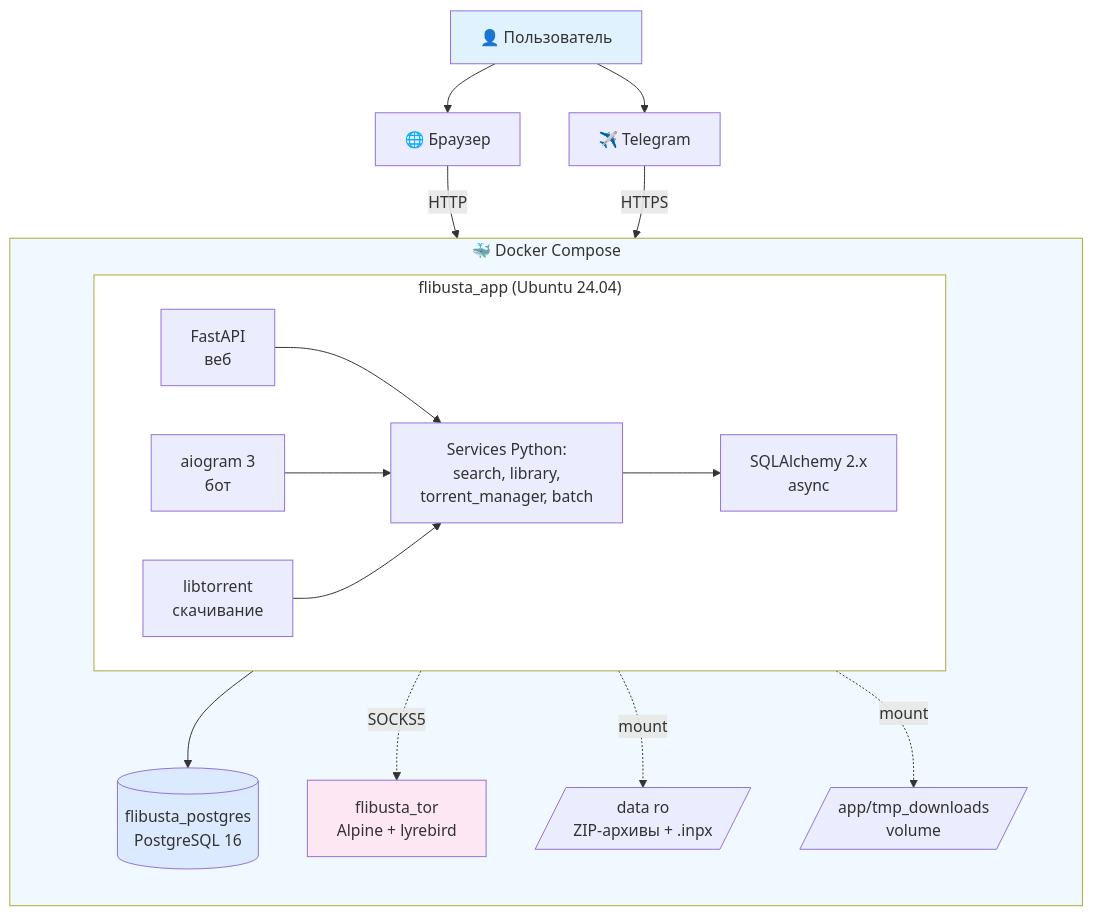
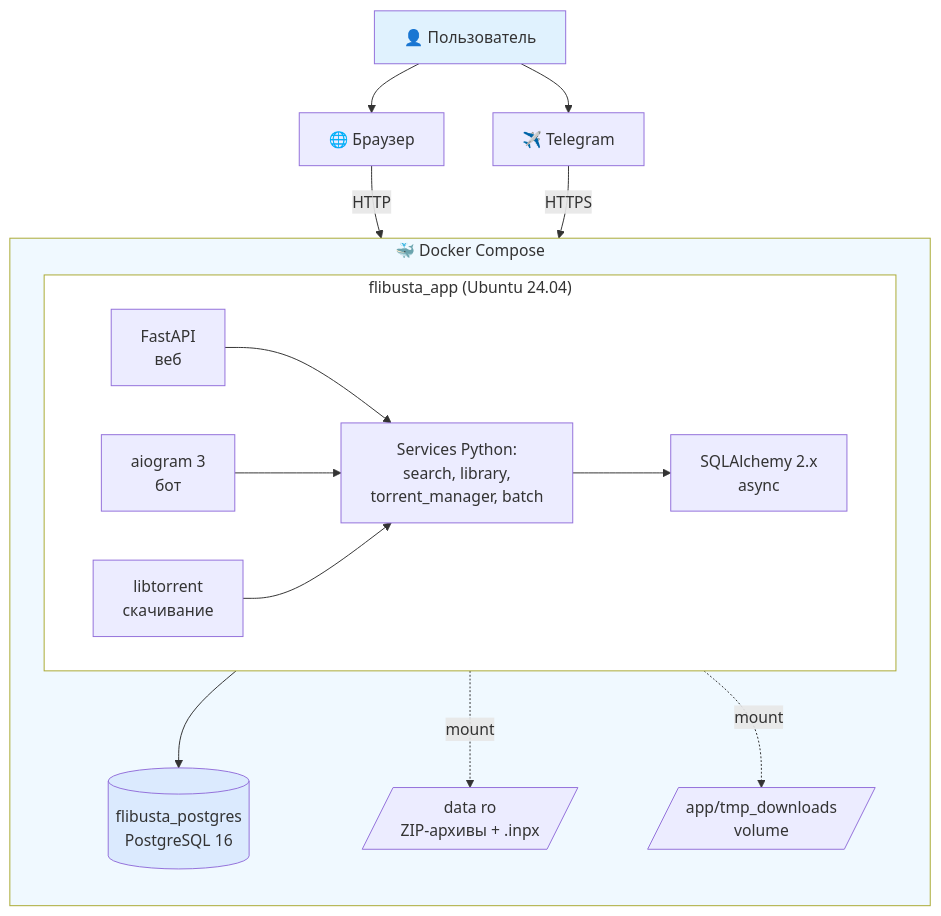
Before and after one commit to uud-eparh/books: the first of 6 diagrams in docs/ARCHITECTURE.md, drawn with Mermaid. The commit also changed other lines of this file and 3 other files, not shown here.

Commit message:
docs: update README, .env.example, ARCHITECTURE and SETUP for no-tor setup

````diff
--- a/docs/ARCHITECTURE.md
+++ b/docs/ARCHITECTURE.md
@@ -19,48 +19,45 @@
 ```mermaid
 flowchart TB
     User[👤 Пользователь]
     Browser[🌐 Браузер]
     Telegram[✈️ Telegram]
 
     subgraph Docker["🐳 Docker Compose"]
         direction TB
 
         subgraph App["flibusta_app (Ubuntu 24.04)"]
             direction LR
             FastAPI[FastAPI<br/>веб]
             Aiogram[aiogram 3<br/>бот]
             Libtorrent[libtorrent<br/>скачивание]
 
             Services[Services Python:<br/>search, library,<br/>torrent_manager, batch]
             SQLAlchemy[SQLAlchemy 2.x<br/>async]
 
             FastAPI --> Services
             Aiogram --> Services
             Libtorrent --> Services
             Services --> SQLAlchemy
         end
 
         Postgres[(flibusta_postgres<br/>PostgreSQL 16)]
-        Tor[flibusta_tor<br/>Alpine + lyrebird]
 
         Data[/data ro<br/>ZIP-архивы + .inpx/]
         Tmp[/app/tmp_downloads<br/>volume/]
 
         SQLAlchemy --> Postgres
-        Aiogram -.SOCKS5.-> Tor
     end
 
     User --> Browser
     User --> Telegram
     Browser -->|HTTP| FastAPI
     Telegram -->|HTTPS| Aiogram
     App -.mount.-> Data
     App -.mount.-> Tmp
 
     style User fill:#e0f2fe
     style Docker fill:#f0f9ff
     style App fill:#fff
     style Postgres fill:#dbeafe
-    style Tor fill:#fce7f3
 
 ```
````
